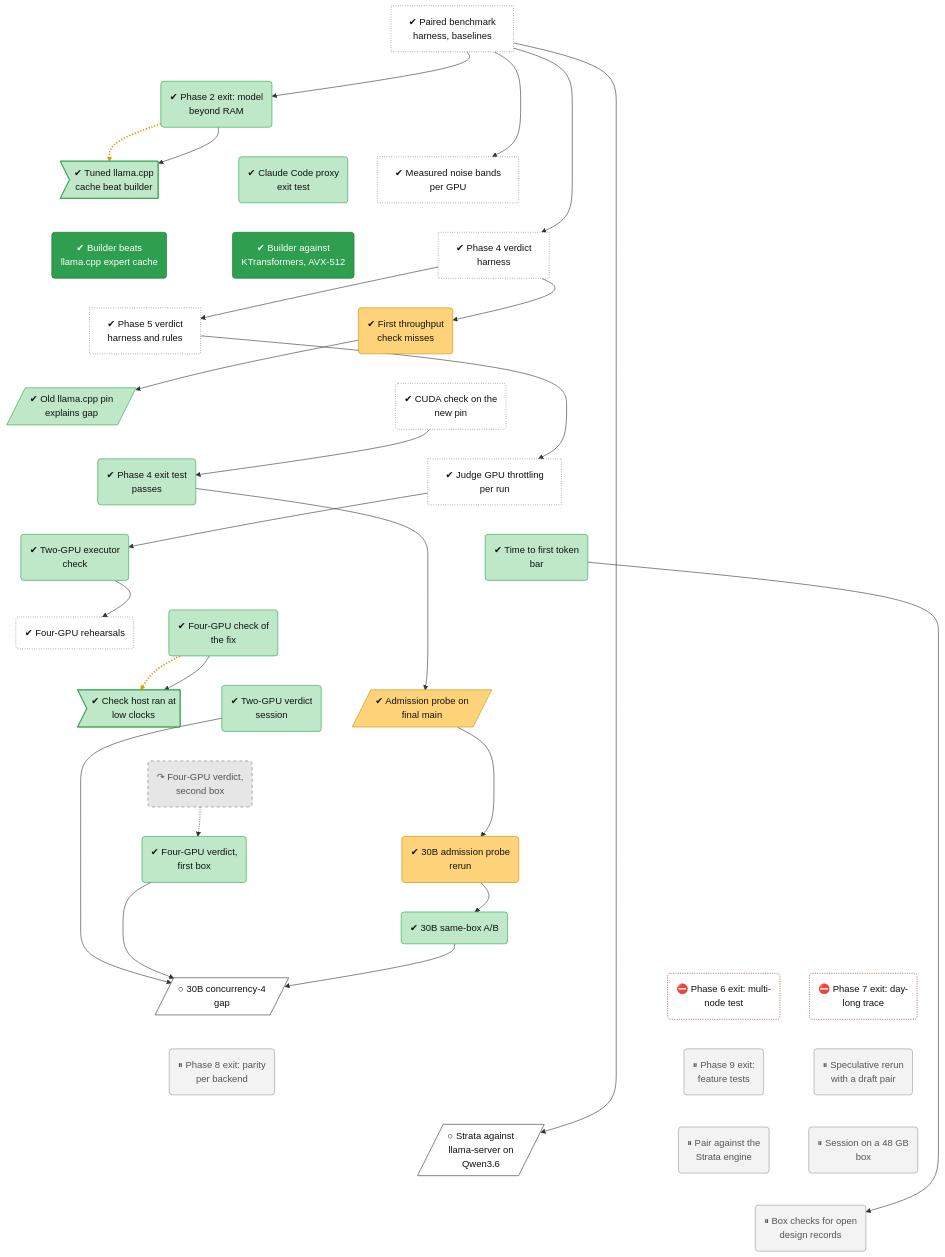
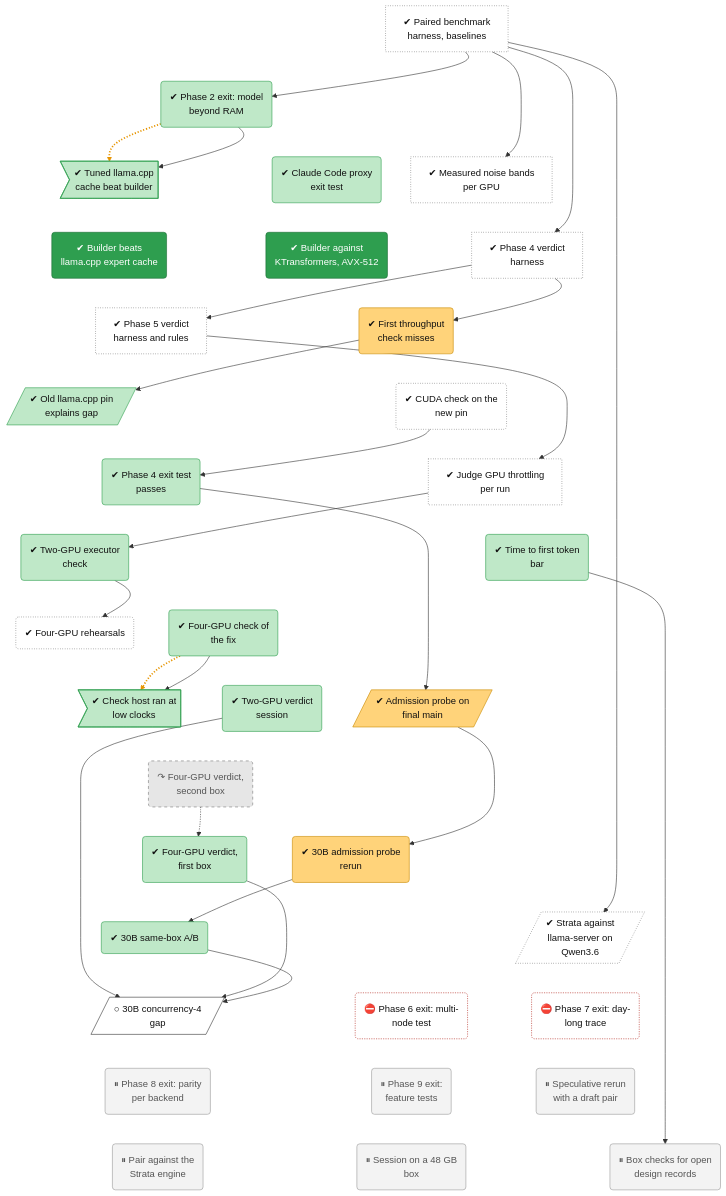
The diagram in docs/roadmap/tracks/bench.md (lhns/tetraeder), drawn with Mermaid before and after one commit. The commit also changed other lines of this file and 149 other files, not shown here.

First line of the commit message:
bench-strata-q36: Strata v0.2.20, llama-server and libllama on Qwen3.6-35B-A3B, one A40 (after M2, ADR 0085)

````diff
--- a/docs/roadmap/tracks/bench.md
+++ b/docs/roadmap/tracks/bench.md
@@ -34,13 +34,13 @@
     bench_v4a_verdict("✔ Four-GPU verdict,<br/>first box")
     bench_d2a_30b("✔ 30B admission probe<br/>rerun")
     bench_ab30b("✔ 30B same-box A/B")
+    bench_strata_q36[/"✔ Strata against<br/>llama-server on<br/>Qwen3.6"/]
     bench_30b_c4_gap[/"○ 30B concurrency-4<br/>gap"/]
     bench_phase6_exit("⛔ Phase 6 exit: multi-<br/>node test")
     bench_phase7_exit("⛔ Phase 7 exit: day-<br/>long trace")
     bench_phase8_exit("⏸ Phase 8 exit: parity<br/>per backend")
     bench_phase9_exit("⏸ Phase 9 exit:<br/>feature tests")
     bench_spec_rerun("⏸ Speculative rerun<br/>with a draft pair")
-    bench_strata_q36[/"○ Strata against<br/>llama-server on<br/>Qwen3.6"/]
     bench_strata_pairing("⏸ Pair against the<br/>Strata engine")
     bench_d1_session("⏸ Session on a 48 GB<br/>box")
     bench_open_records("⏸ Box checks for open<br/>design records")
@@ -71,19 +71,16 @@
     bench_v4b_verdict ~~~ bench_v4a_verdict
     bench_v4b_verdict ~~~ bench_d2a_30b
     bench_v4a_verdict ~~~ bench_ab30b
-    bench_d2a_30b ~~~ bench_ab30b
+    bench_d2a_30b ~~~ bench_strata_q36
     bench_ab30b ~~~ bench_30b_c4_gap
-    bench_ab30b ~~~ bench_phase6_exit
-    bench_ab30b ~~~ bench_phase7_exit
+    bench_strata_q36 ~~~ bench_phase6_exit
+    bench_strata_q36 ~~~ bench_phase7_exit
     bench_30b_c4_gap ~~~ bench_phase8_exit
     bench_phase6_exit ~~~ bench_phase9_exit
     bench_phase7_exit ~~~ bench_spec_rerun
-    bench_phase8_exit ~~~ bench_strata_q36
-    bench_phase9_exit ~~~ bench_strata_pairing
-    bench_spec_rerun ~~~ bench_d1_session
-    bench_strata_q36 ~~~ bench_open_records
-    bench_strata_pairing ~~~ bench_open_records
-    bench_d1_session ~~~ bench_open_records
+    bench_phase8_exit ~~~ bench_strata_pairing
+    bench_phase9_exit ~~~ bench_d1_session
+    bench_spec_rerun ~~~ bench_open_records
     bench_harness --> bench_phase2_exit
     bench_phase2_exit -.-> bench_defect_tuned_cache
     bench_phase2_exit --> bench_defect_tuned_cache
@@ -102,12 +99,12 @@
     bench_v4b_verdict -.-> bench_v4a_verdict
     bench_d2a_probe --> bench_d2a_30b
     bench_d2a_30b --> bench_ab30b
+    bench_harness --> bench_strata_q36
     bench_v2_verdict --> bench_30b_c4_gap
     bench_v4a_verdict --> bench_30b_c4_gap
     bench_ab30b --> bench_30b_c4_gap
-    bench_harness --> bench_strata_q36
     bench_ttft --> bench_open_records
-    linkStyle 41,52 stroke:#e69500,stroke-width:3px,stroke-dasharray:2 3
+    linkStyle 38,49 stroke:#e69500,stroke-width:3px,stroke-dasharray:2 3
     classDef vsucc fill:#2e9e4f,stroke:#1b6b34,color:#fff
     classDef succ fill:#bfe8c8,stroke:#2e9e4f,color:#111
     classDef mixed fill:#ffd37a,stroke:#c98a00,color:#111
@@ -122,12 +119,12 @@
     classDef decided fill:#ece0f7,stroke:#7b3fb5,stroke-dasharray:2 2,color:#111
     classDef finding fill:#ffe0b2,stroke:#d84315,stroke-width:2px,color:#111
     classDef waiting fill:#e3f2fd,stroke:#1f6fc5,stroke-dasharray:5 5,color:#111
-    class bench_harness,bench_noise_bands,bench_phase4_harness,bench_phase5_harness,bench_pin_confirm,bench_throttle_rules,bench_s3_rehearsal unrated
+    class bench_harness,bench_noise_bands,bench_phase4_harness,bench_phase5_harness,bench_pin_confirm,bench_throttle_rules,bench_s3_rehearsal,bench_strata_q36 unrated
     class bench_phase2_exit,bench_defect_tuned_cache,bench_phase3b_proxy,bench_pin_ab,bench_phase4_exit,bench_s2_step0,bench_ttft,bench_s3f2,bench_defect_s3f2_clock,bench_v2_verdict,bench_v4a_verdict,bench_ab30b succ
     class bench_m1_point1,bench_m1_point3 vsucc
     class bench_d2a_rerun,bench_d2a_probe,bench_d2a_30b mixed
     class bench_v4b_verdict dead
-    class bench_30b_c4_gap,bench_strata_q36 next
+    class bench_30b_c4_gap next
     class bench_phase6_exit,bench_phase7_exit blocked
     class bench_phase8_exit,bench_phase9_exit,bench_spec_rerun,bench_strata_pairing,bench_d1_session,bench_open_records parked
 ```
````
